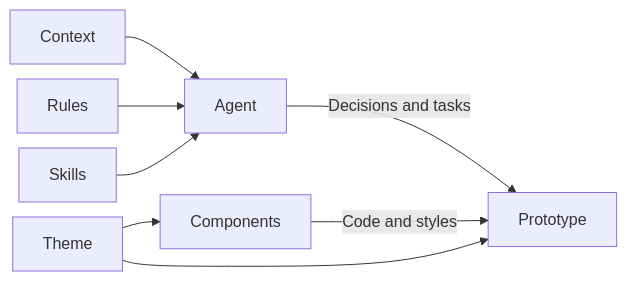
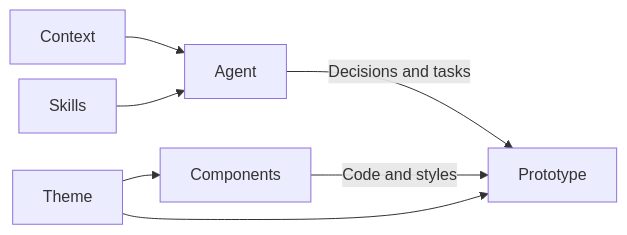
Before and after one commit to itspatmorgan/design-studio-starter: the diagram in src/modules/documentation/pages/systems.md, drawn with Mermaid. The commit also changed other lines of this file and 151 other files, not shown here.

Commit message:
Restructure studio guidance into owned context and native skills

````diff
--- a/src/modules/documentation/pages/systems.md
+++ b/src/modules/documentation/pages/systems.md
@@ -30,18 +30,17 @@
 ```mermaid
 ---
 config:
   flowchart:
     nodeSpacing: 15
     rankSpacing: 35
 ---
 flowchart LR
   accTitle: How a system supports the work
-  accDescr: Context, rules, and skills guide an agent. Theme and components provide the interface toolkit. Both contribute to the work.
+  accDescr: Context and skills guide an agent. Theme and components provide the interface toolkit. Both contribute to the work.
   context[Context] --> agent[Agent]
-  rules[Rules] --> agent
   skills[Skills] --> agent
   theme[Theme] --> components[Components]
   agent -->|Decisions and tasks| work[Prototype]
   components -->|Code and styles| work
   theme --> work
 ```
````
